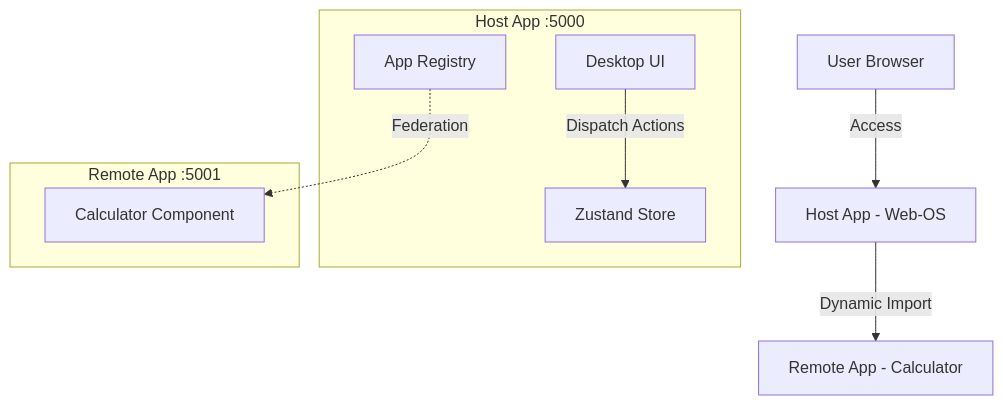
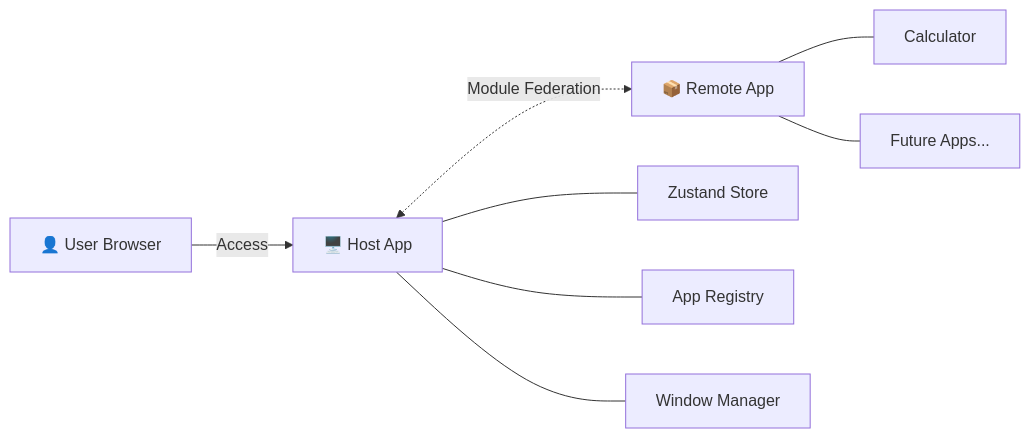
One commit to KBH-js/proto changed the diagram in README.md. Above: the diagram before and after it, drawn with Mermaid.

Commit message:
fix: simplify Mermaid diagram to horizontal flow

````diff
--- a/README.md
+++ b/README.md
@@ -22,18 +22,12 @@
 ```mermaid
-graph TD
-    User[User Browser] -->|Access| Host["Host App - Web-OS"]
-    Host -->|Dynamic Import| Remote1["Remote App - Calculator"]
+graph LR
+    User[👤 User Browser] -->|Access| Host[🖥️ Host App]
+    Host <-.->|Module Federation| Remote[📦 Remote App]
     
-    subgraph HostApp["Host App :5000"]
-        Store[Zustand Store]
-        Registry[App Registry]
-        Desktop[Desktop UI]
-    end
+    Host --- H1[Zustand Store]
+    Host --- H2[App Registry]
+    Host --- H3[Window Manager]
     
-    subgraph RemoteApp["Remote App :5001"]
-        Calc[Calculator Component]
-    end
-    
-    Registry -.->|Federation| Calc
-    Desktop -->|Dispatch Actions| Store
+    Remote --- R1[Calculator]
+    Remote --- R2[Future Apps...]
 ```
````
